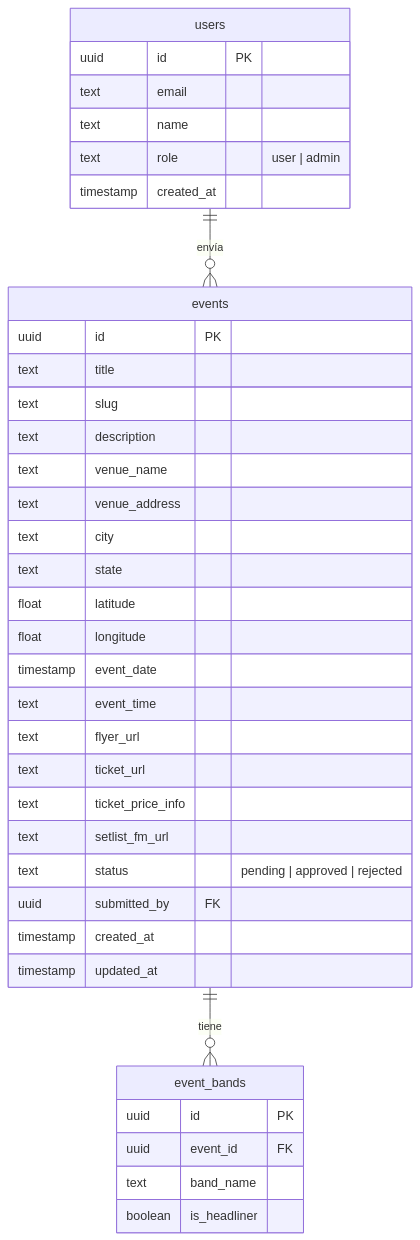
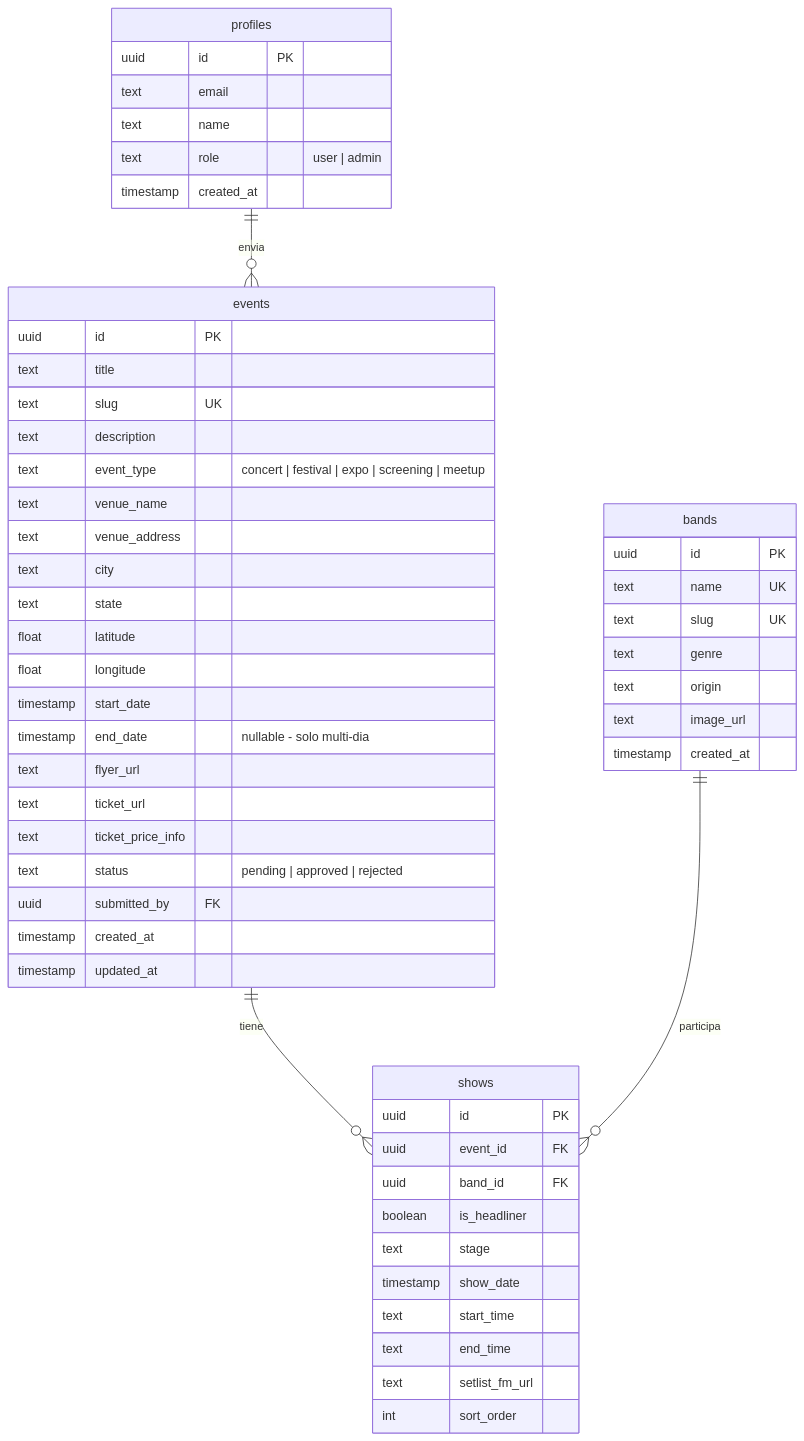
The second of 2 diagrams in PLAN.md (thrasht/metal-en-mexico), drawn with Mermaid before and after one commit. The commit also changed 16 other files, not shown here.

First line of the commit message:
Calendario principal con modelo Event→Show→Band

````diff
--- a/PLAN.md
+++ b/PLAN.md
@@ -49,43 +49,60 @@
 ```mermaid
 erDiagram
-  users {
+  profiles {
     uuid id PK
     text email
     text name
     text role "user | admin"
     timestamp created_at
   }
 
+  bands {
+    uuid id PK
+    text name UK
+    text slug UK
+    text genre
+    text origin
+    text image_url
+    timestamp created_at
+  }
+
   events {
     uuid id PK
     text title
-    text slug
+    text slug UK
     text description
+    text event_type "concert | festival | expo | screening | meetup"
     text venue_name
     text venue_address
     text city
     text state
     float latitude
     float longitude
-    timestamp event_date
-    text event_time
+    timestamp start_date
+    timestamp end_date "nullable - solo multi-dia"
     text flyer_url
     text ticket_url
     text ticket_price_info
-    text setlist_fm_url
     text status "pending | approved | rejected"
     uuid submitted_by FK
     timestamp created_at
     timestamp updated_at
   }
 
-  event_bands {
+  shows {
     uuid id PK
     uuid event_id FK
-    text band_name
+    uuid band_id FK
     boolean is_headliner
+    text stage
+    timestamp show_date
+    text start_time
+    text end_time
+    text setlist_fm_url
+    int sort_order
   }
 
-  events ||--o{ event_bands : tiene
-  users ||--o{ events : envía
+  profiles ||--o{ events : envia
+  events ||--o{ shows : tiene
+  bands ||--o{ shows : participa
 ```
````
